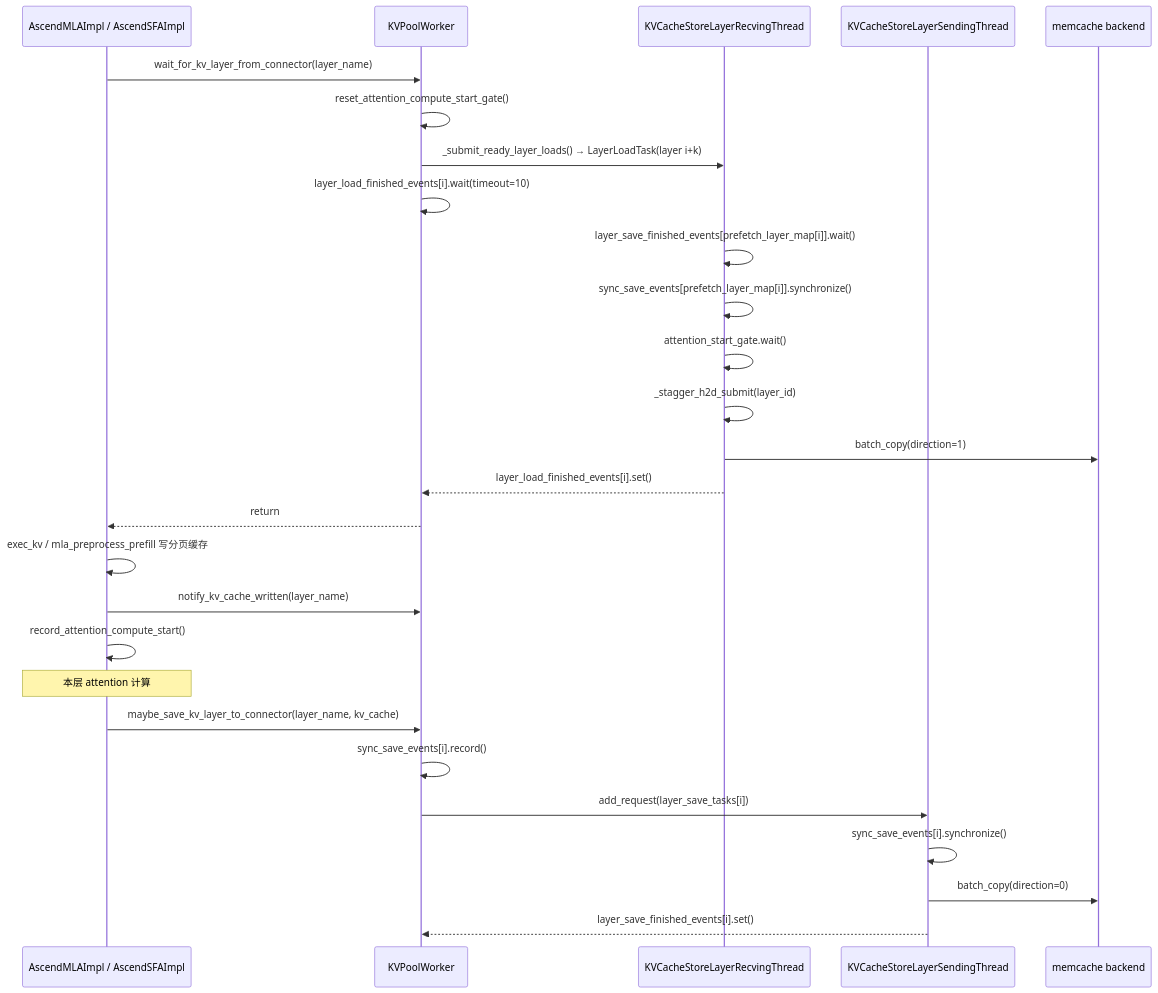
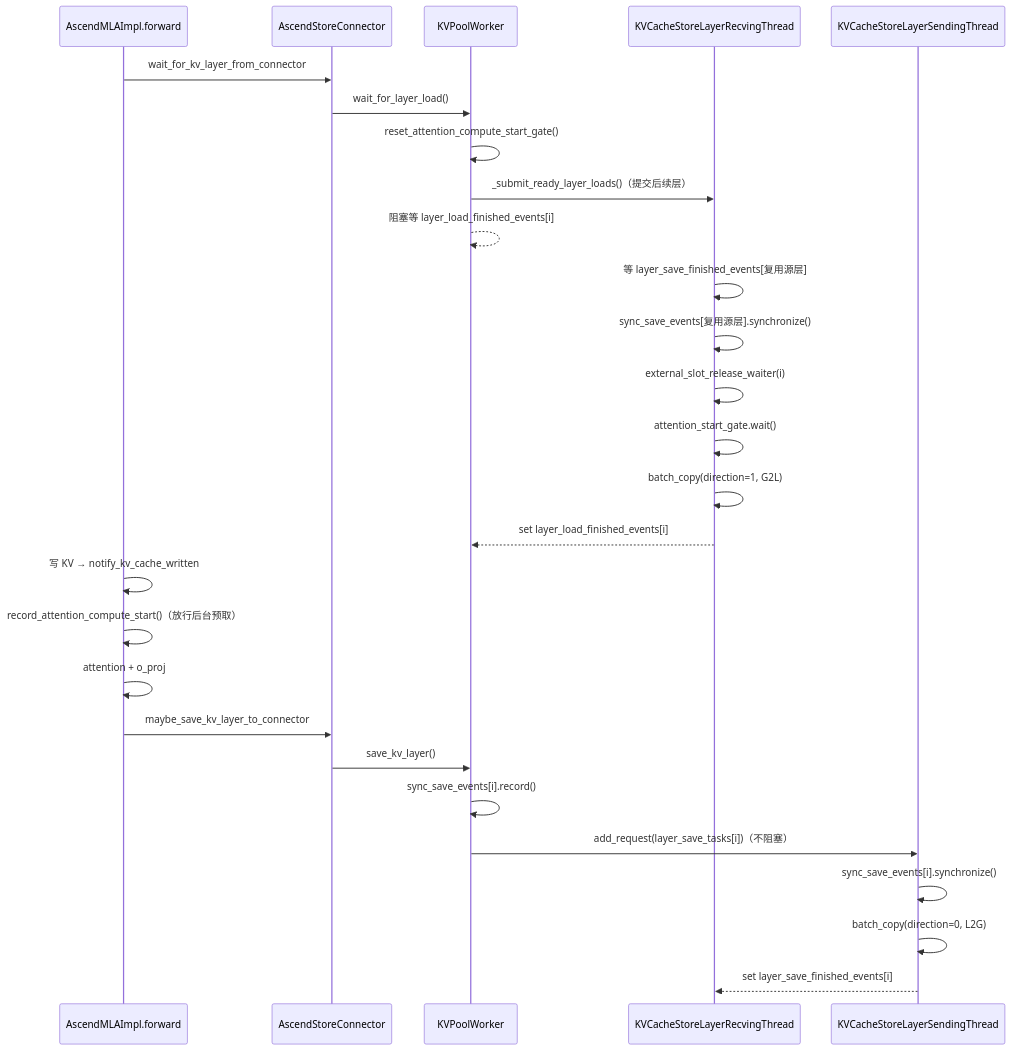
One commit to BailanCaptain/infer-lab changed the second of 2 diagrams in wiki/concepts/kv-cache-layerwise-offload.md. Above: the diagram before and after it, drawn with Mermaid. The commit also changed other lines of this file and 30 other files, not shown here.

First line of the commit message:
feat(F001): 11 页按图重写完成——答案从读一页变成读四页并按关系组织

````diff
--- a/wiki/concepts/kv-cache-layerwise-offload.md
+++ b/wiki/concepts/kv-cache-layerwise-offload.md
@@ -83,30 +122,30 @@
 ```mermaid
 sequenceDiagram
-    participant Attn as AscendMLAImpl / AscendSFAImpl
+    participant A as AscendMLAImpl.forward
+    participant C as AscendStoreConnector
     participant W as KVPoolWorker
     participant R as KVCacheStoreLayerRecvingThread
     participant S as KVCacheStoreLayerSendingThread
-    participant M as memcache backend
 
-    Attn->>W: wait_for_kv_layer_from_connector(layer_name)
+    A->>C: wait_for_kv_layer_from_connector
+    C->>W: wait_for_layer_load()
     W->>W: reset_attention_compute_start_gate()
-    W->>R: _submit_ready_layer_loads() → LayerLoadTask(layer i+k)
-    W->>W: layer_load_finished_events[i].wait(timeout=10)
-    R->>R: layer_save_finished_events[prefetch_layer_map[i]].wait()
-    R->>R: sync_save_events[prefetch_layer_map[i]].synchronize()
+    W->>R: _submit_ready_layer_loads()（提交后续层）
+    W-->>W: 阻塞等 layer_load_finished_events[i]
+    R->>R: 等 layer_save_finished_events[复用源层]
+    R->>R: sync_save_events[复用源层].synchronize()
+    R->>R: external_slot_release_waiter(i)
     R->>R: attention_start_gate.wait()
-    R->>R: _stagger_h2d_submit(layer_id)
-    R->>M: batch_copy(direction=1)
-    R-->>W: layer_load_finished_events[i].set()
-    W-->>Attn: return
-    Attn->>Attn: exec_kv / mla_preprocess_prefill 写分页缓存
-    Attn->>W: notify_kv_cache_written(layer_name)
-    Attn->>Attn: record_attention_compute_start()
-    Note over Attn: 本层 attention 计算
-    Attn->>W: maybe_save_kv_layer_to_connector(layer_name, kv_cache)
+    R->>R: batch_copy(direction=1, G2L)
+    R-->>W: set layer_load_finished_events[i]
+    A->>A: 写 KV → notify_kv_cache_written
+    A->>A: record_attention_compute_start()（放行后台预取）
+    A->>A: attention + o_proj
+    A->>C: maybe_save_kv_layer_to_connector
+    C->>W: save_kv_layer()
     W->>W: sync_save_events[i].record()
-    W->>S: add_request(layer_save_tasks[i])
+    W->>S: add_request(layer_save_tasks[i])（不阻塞）
     S->>S: sync_save_events[i].synchronize()
-    S->>M: batch_copy(direction=0)
-    S-->>W: layer_save_finished_events[i].set()
+    S->>S: batch_copy(direction=0, L2G)
+    S-->>R: set layer_save_finished_events[i]
 ```
````
